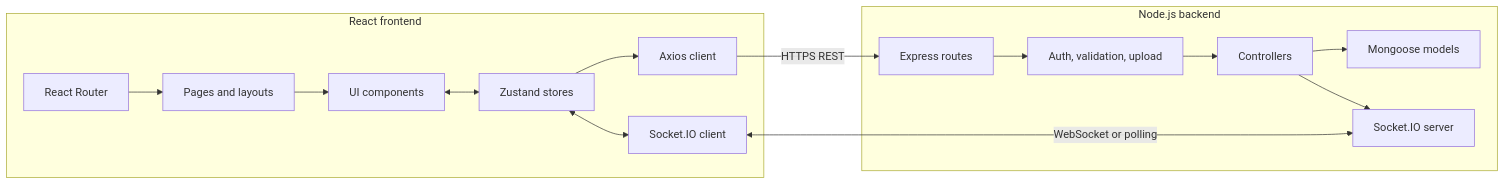
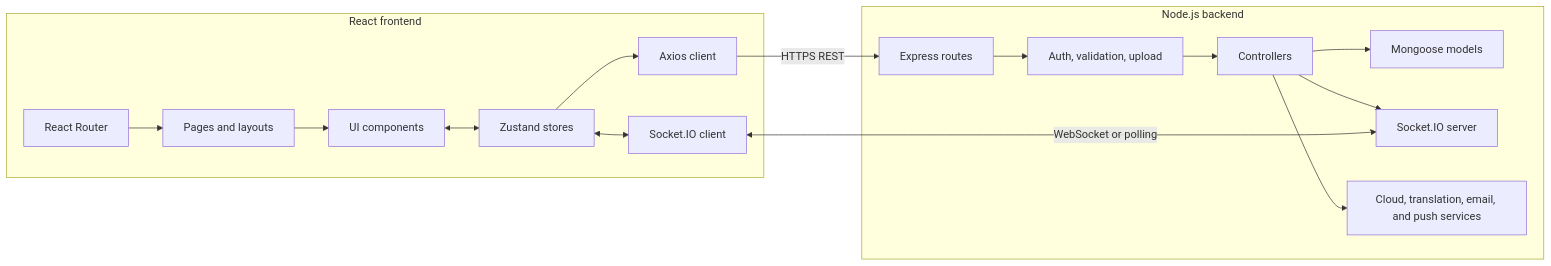
Before and after one commit to Saurav11343/click-chat: the eighth of 26 diagrams in docs/10-diagram-catalog.md, drawn with Mermaid. The commit also changed other lines of this file and 11 other files, not shown here.

Commit message:
update diagrams

````diff
--- a/docs/10-diagram-catalog.md
+++ b/docs/10-diagram-catalog.md
@@ -219,33 +266,35 @@
 ```mermaid
 flowchart LR
     subgraph Client["React frontend"]
         Routes["React Router"]
         Pages["Pages and layouts"]
         UI["UI components"]
         Stores["Zustand stores"]
         Axios["Axios client"]
         SocketClient["Socket.IO client"]
 
         Routes --> Pages
         Pages --> UI
         UI <--> Stores
         Stores --> Axios
         Stores <--> SocketClient
     end
 
     subgraph Server["Node.js backend"]
         Express["Express routes"]
         Middleware["Auth, validation, upload"]
         Controllers["Controllers"]
         Models["Mongoose models"]
         SocketServer["Socket.IO server"]
+        Services["Cloud, translation, email, and push services"]
 
         Express --> Middleware
         Middleware --> Controllers
         Controllers --> Models
         Controllers --> SocketServer
+        Controllers --> Services
     end
 
     Axios -->|"HTTPS REST"| Express
     SocketClient <-->|"WebSocket or polling"| SocketServer
 ```
````
